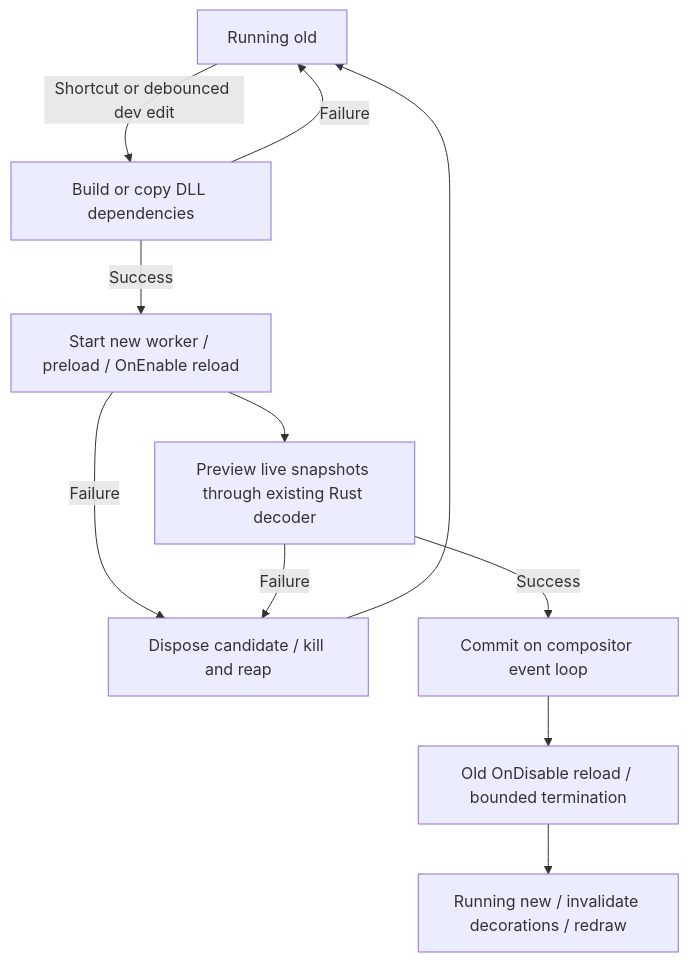
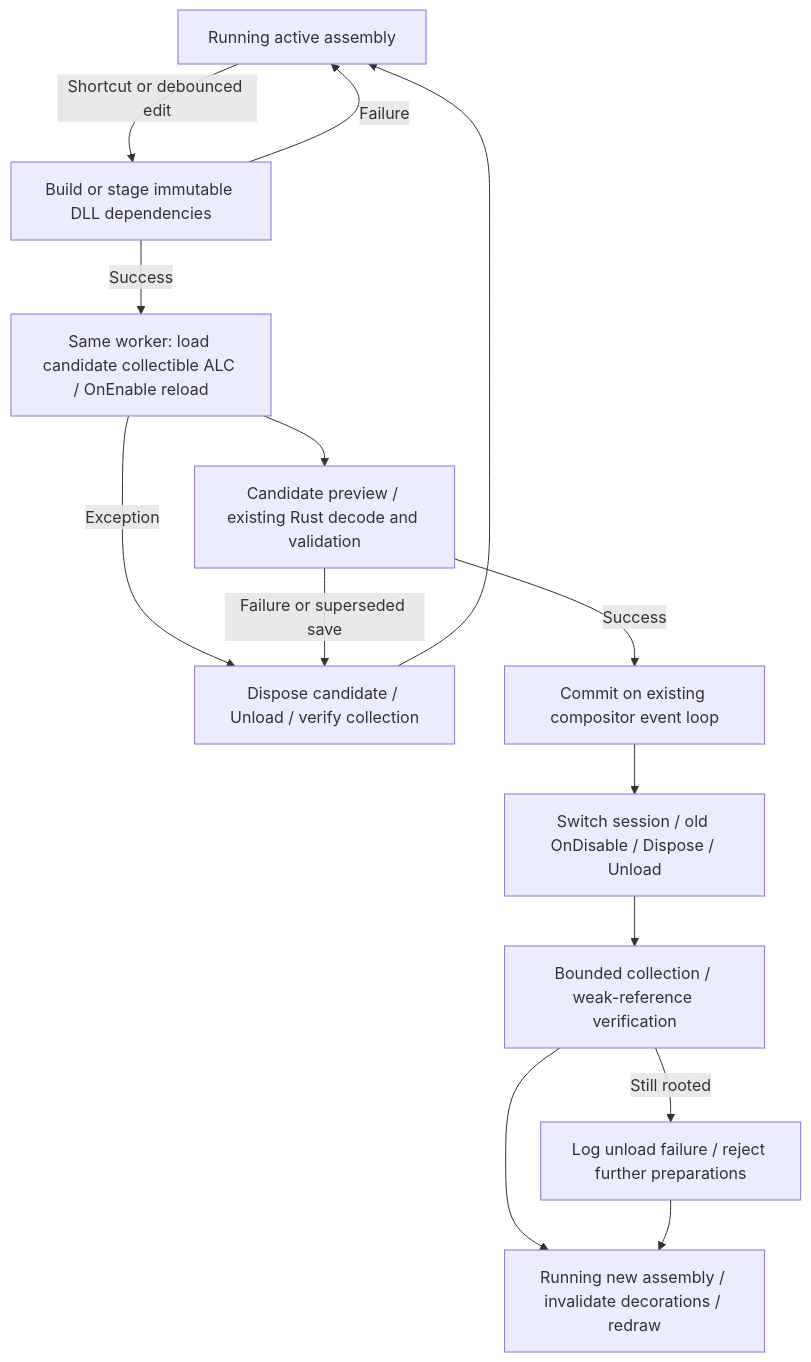
Before and after one commit to ReinaS-64892/ShojiWM: the diagram in dotnet/RELOAD.md, drawn with Mermaid. The commit also changed other lines of this file and 19 other files, not shown here.

Commit message:
feat: reload .NET config assemblies within the runtime worker

````diff
--- a/dotnet/RELOAD.md
+++ b/dotnet/RELOAD.md
@@ -80,13 +79,16 @@
 ```mermaid
 flowchart TD
-    R[Running old] -->|Shortcut or debounced dev edit| B[Build or copy DLL dependencies]
+    R[Running active assembly] -->|Shortcut or debounced edit| B[Build or stage immutable DLL dependencies]
     B -->|Failure| R
-    B -->|Success| I[Start new worker / preload / OnEnable reload]
-    I -->|Failure| D[Dispose candidate / kill and reap]
+    B -->|Success| I[Same worker: load candidate collectible ALC / OnEnable reload]
+    I -->|Exception| D[Dispose candidate / Unload / verify collection]
     D --> R
-    I --> V[Preview live snapshots through existing Rust decoder]
-    V -->|Failure| D
-    V -->|Success| S[Commit on compositor event loop]
-    S --> C[Old OnDisable reload / bounded termination]
-    C --> N[Running new / invalidate decorations / redraw]
+    I --> V[Candidate preview / existing Rust decode and validation]
+    V -->|Failure or superseded save| D
+    V -->|Success| S[Commit on existing compositor event loop]
+    S --> C[Switch session / old OnDisable / Dispose / Unload]
+    C --> W[Bounded collection / weak-reference verification]
+    W --> N[Running new assembly / invalidate decorations / redraw]
+    W -->|Still rooted| L[Log unload failure / reject further preparations]
+    L --> N
 ```
````
